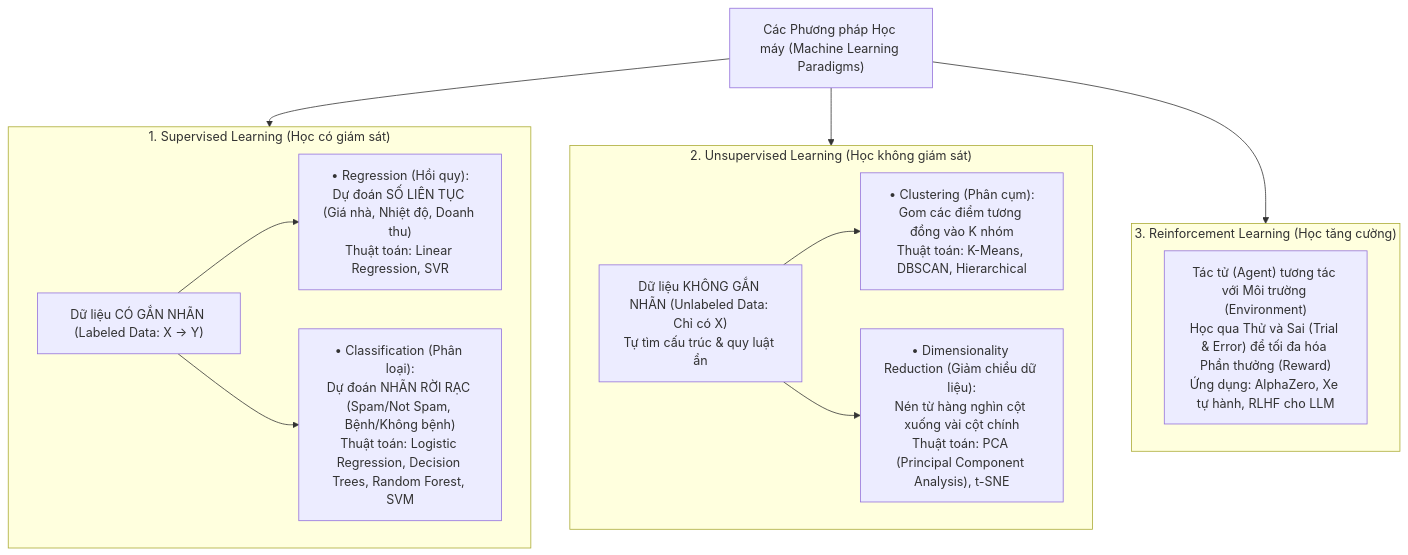
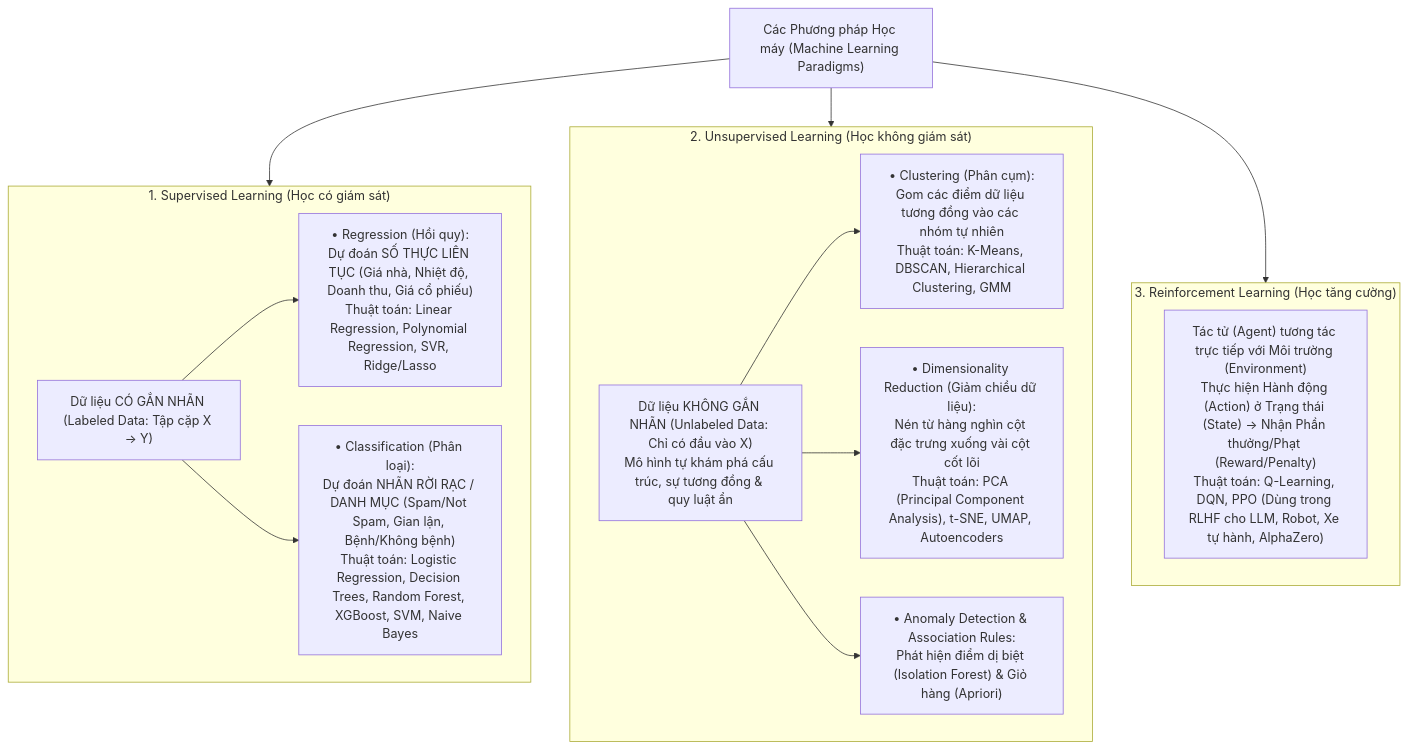
One commit to nxthanh2904/nca-genl changed the third of 6 diagrams in Module_02_AIML_Fundamentals.md. Above: the diagram before and after it, drawn with Mermaid. The commit also changed other lines of this file and 11 other files, not shown here.

````diff
--- a/Module_02_AIML_Fundamentals.md
+++ b/Module_02_AIML_Fundamentals.md
@@ -88,24 +92,25 @@
 ```mermaid
 flowchart TD
     ML["Các Phương pháp Học máy (Machine Learning Paradigms)"]
     
     subgraph Sup["1. Supervised Learning (Học có giám sát)"]
-        S_Data["Dữ liệu CÓ GẮN NHÃN (Labeled Data: X -> Y)"]
-        S_Reg["• Regression (Hồi quy):<br/>Dự đoán SỐ LIÊN TỤC (Giá nhà, Nhiệt độ, Doanh thu)<br/>Thuật toán: Linear Regression, SVR"]
-        S_Cls["• Classification (Phân loại):<br/>Dự đoán NHÃN RỜI RẠC (Spam/Not Spam, Bệnh/Không bệnh)<br/>Thuật toán: Logistic Regression, Decision Trees, Random Forest, SVM"]
+        S_Data["Dữ liệu CÓ GẮN NHÃN (Labeled Data: Tập cặp X -> Y)"]
+        S_Reg["• Regression (Hồi quy):<br/>Dự đoán SỐ THỰC LIÊN TỤC (Giá nhà, Nhiệt độ, Doanh thu, Giá cổ phiếu)<br/>Thuật toán: Linear Regression, Polynomial Regression, SVR, Ridge/Lasso"]
+        S_Cls["• Classification (Phân loại):<br/>Dự đoán NHÃN RỜI RẠC / DANH MỤC (Spam/Not Spam, Gian lận, Bệnh/Không bệnh)<br/>Thuật toán: Logistic Regression, Decision Trees, Random Forest, XGBoost, SVM, Naive Bayes"]
         S_Data --> S_Reg & S_Cls
     end
 
     subgraph Unsup["2. Unsupervised Learning (Học không giám sát)"]
-        U_Data["Dữ liệu KHÔNG GẮN NHÃN (Unlabeled Data: Chỉ có X)<br/>Tự tìm cấu trúc & quy luật ẩn"]
-        U_Clust["• Clustering (Phân cụm):<br/>Gom các điểm tương đồng vào K nhóm<br/>Thuật toán: K-Means, DBSCAN, Hierarchical"]
-        U_Dim["• Dimensionality Reduction (Giảm chiều dữ liệu):<br/>Nén từ hàng nghìn cột xuống vài cột chính<br/>Thuật toán: PCA (Principal Component Analysis), t-SNE"]
-        U_Data --> U_Clust & U_Dim
+        U_Data["Dữ liệu KHÔNG GẮN NHÃN (Unlabeled Data: Chỉ có đầu vào X)<br/>Mô hình tự khám phá cấu trúc, sự tương đồng & quy luật ẩn"]
+        U_Clust["• Clustering (Phân cụm):<br/>Gom các điểm dữ liệu tương đồng vào các nhóm tự nhiên<br/>Thuật toán: K-Means, DBSCAN, Hierarchical Clustering, GMM"]
+        U_Dim["• Dimensionality Reduction (Giảm chiều dữ liệu):<br/>Nén từ hàng nghìn cột đặc trưng xuống vài cột cốt lõi<br/>Thuật toán: PCA (Principal Component Analysis), t-SNE, UMAP, Autoencoders"]
+        U_Anom["• Anomaly Detection & Association Rules:<br/>Phát hiện điểm dị biệt (Isolation Forest) & Giỏ hàng (Apriori)"]
+        U_Data --> U_Clust & U_Dim & U_Anom
     end
 
     subgraph RL["3. Reinforcement Learning (Học tăng cường)"]
-        R_Data["Tác tử (Agent) tương tác với Môi trường (Environment)<br/>Học qua Thử và Sai (Trial & Error) để tối đa hóa Phần thưởng (Reward)<br/>Ứng dụng: AlphaZero, Xe tự hành, RLHF cho LLM"]
+        R_Data["Tác tử (Agent) tương tác trực tiếp với Môi trường (Environment)<br/>Thực hiện Hành động (Action) ở Trạng thái (State) -> Nhận Phần thưởng/Phạt (Reward/Penalty)<br/>Thuật toán: Q-Learning, DQN, PPO (Dùng trong RLHF cho LLM, Robot, Xe tự hành, AlphaZero)"]
     end
 
     ML --> Sup & Unsup & RL
 ```
````
